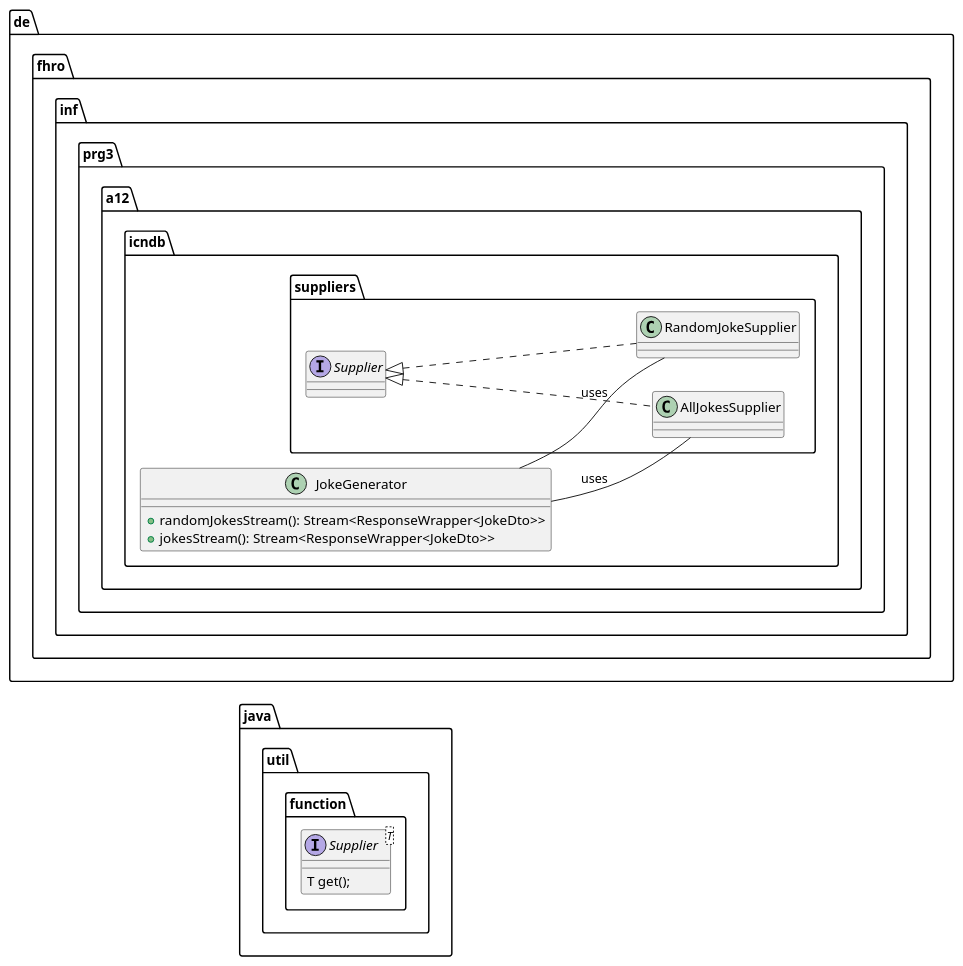
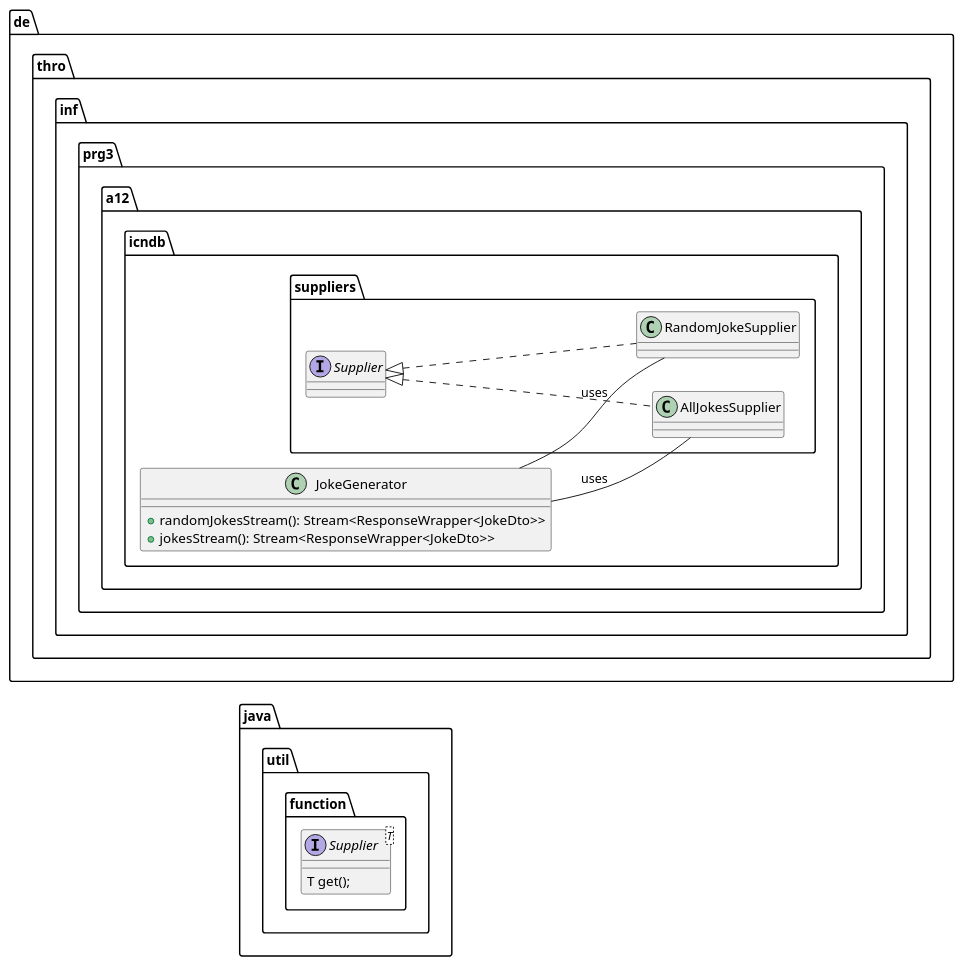
One commit to studlinnth6233/12-functional-cli changed the diagram in assets/uml/generator-spec.plantuml. Above: the diagram before and after it, drawn with PlantUML. The commit also changed 1 other file, not shown here.

Commit message:
Updated UML spec

```diff
--- a/assets/uml/generator-spec.plantuml
+++ b/assets/uml/generator-spec.plantuml
@@ -1,27 +1,27 @@
 @startuml GeneratorSpec
 left to right direction
 package java.util.function {
     interface Supplier<T> {
         T get();
     }
 }
 
-package de.fhro.inf.prg3.a12.icndb {
+package de.thro.inf.prg3.a12.icndb {
     class JokeGenerator {
         +randomJokesStream(): Stream<ResponseWrapper<JokeDto>>
         +jokesStream(): Stream<ResponseWrapper<JokeDto>>
     }
 
     package suppliers {
         class AllJokesSupplier implements Supplier {
         }
 
         class RandomJokeSupplier implements Supplier {
         }
     }
 
     JokeGenerator -- AllJokesSupplier : "uses"
     JokeGenerator -- RandomJokeSupplier : "uses"
 }
 
 @enduml
```
